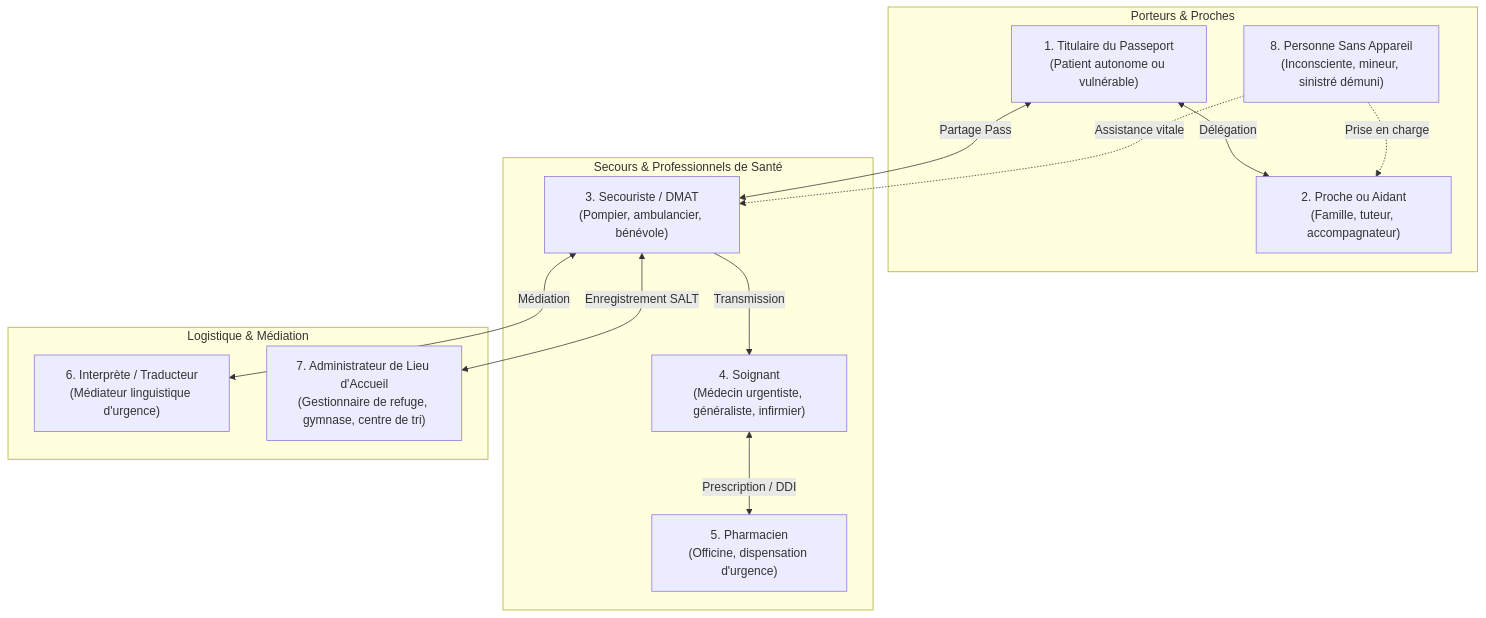
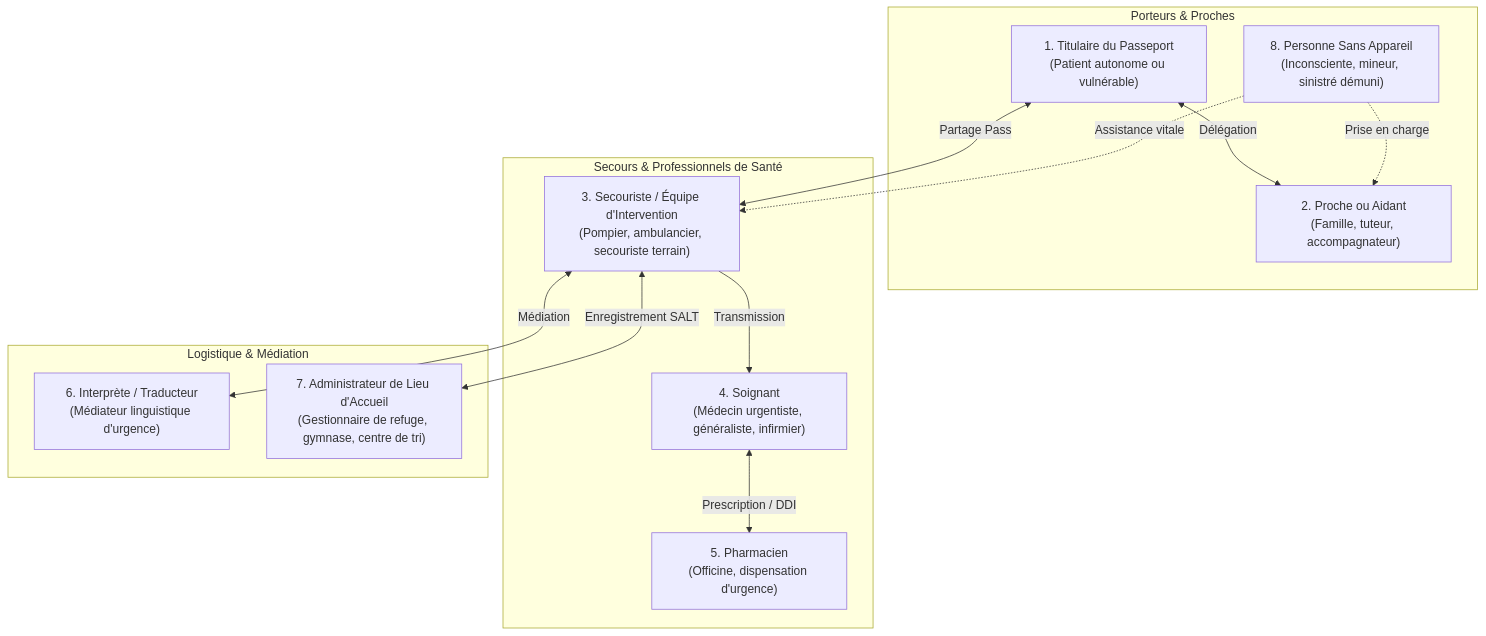
The diagram in docs/functional/00-carte.md (kurodohenroonsen/JemmaPass), drawn with Mermaid before and after one commit. The commit also changed other lines of this file, not shown here.

````diff
--- a/docs/functional/00-carte.md
+++ b/docs/functional/00-carte.md
@@ -41,28 +42,28 @@
 ```mermaid
 flowchart TD
     subgraph Acteurs_Civils ["Porteurs & Proches"]
         ACT_PAT["1. Titulaire du Passeport<br/>(Patient autonome ou vulnérable)"]
         ACT_AID["2. Proche ou Aidant<br/>(Famille, tuteur, accompagnateur)"]
         ACT_NOA["8. Personne Sans Appareil<br/>(Inconsciente, mineur, sinistré démuni)"]
     end
 
     subgraph Acteurs_Secours_Soins ["Secours & Professionnels de Santé"]
-        ACT_SEC["3. Secouriste / DMAT<br/>(Pompier, ambulancier, bénévole)"]
+        ACT_SEC["3. Secouriste / Équipe d'Intervention<br/>(Pompier, ambulancier, secouriste terrain)"]
         ACT_MED["4. Soignant<br/>(Médecin urgentiste, généraliste, infirmier)"]
         ACT_PHR["5. Pharmacien<br/>(Officine, dispensation d'urgence)"]
     end
 
     subgraph Acteurs_Support ["Logistique & Médiation"]
         ACT_INT["6. Interprète / Traducteur<br/>(Médiateur linguistique d'urgence)"]
         ACT_ADM["7. Administrateur de Lieu d'Accueil<br/>(Gestionnaire de refuge, gymnase, centre de tri)"]
     end
 
     ACT_PAT <-->|Partage Pass| ACT_SEC
     ACT_PAT <-->|Délégation| ACT_AID
     ACT_NOA -.->|Prise en charge| ACT_AID
     ACT_NOA -.->|Assistance vitale| ACT_SEC
     ACT_SEC -->|Transmission| ACT_MED
     ACT_MED <-->|Prescription / DDI| ACT_PHR
     ACT_SEC <-->|Médiation| ACT_INT
     ACT_SEC <-->|Enregistrement SALT| ACT_ADM
 ```
````
